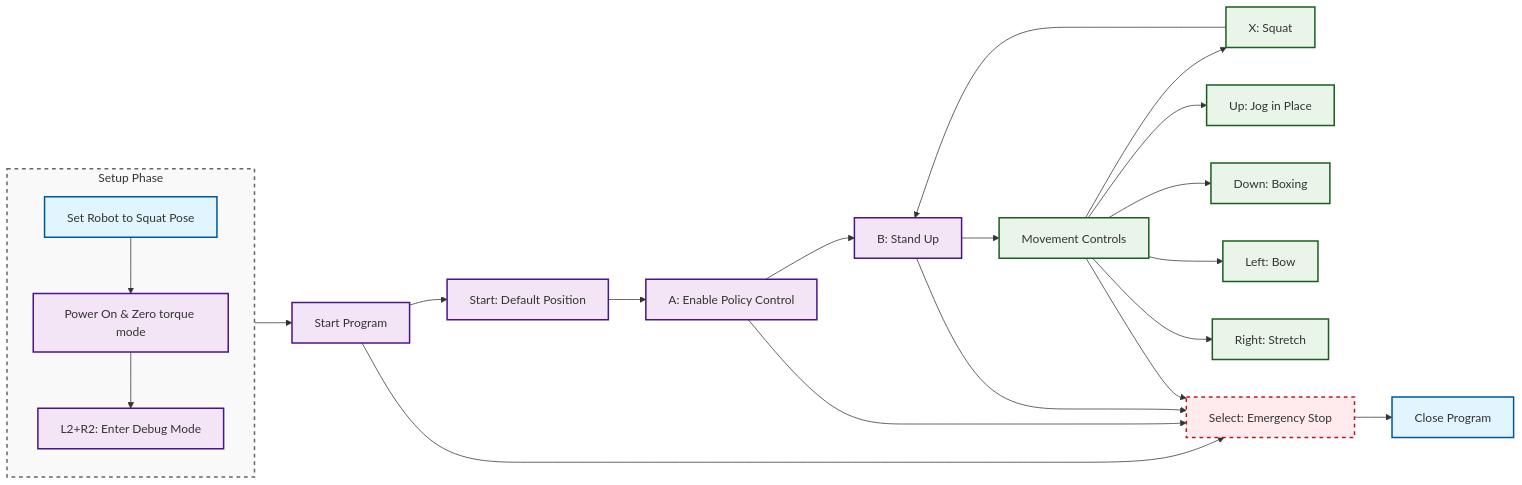
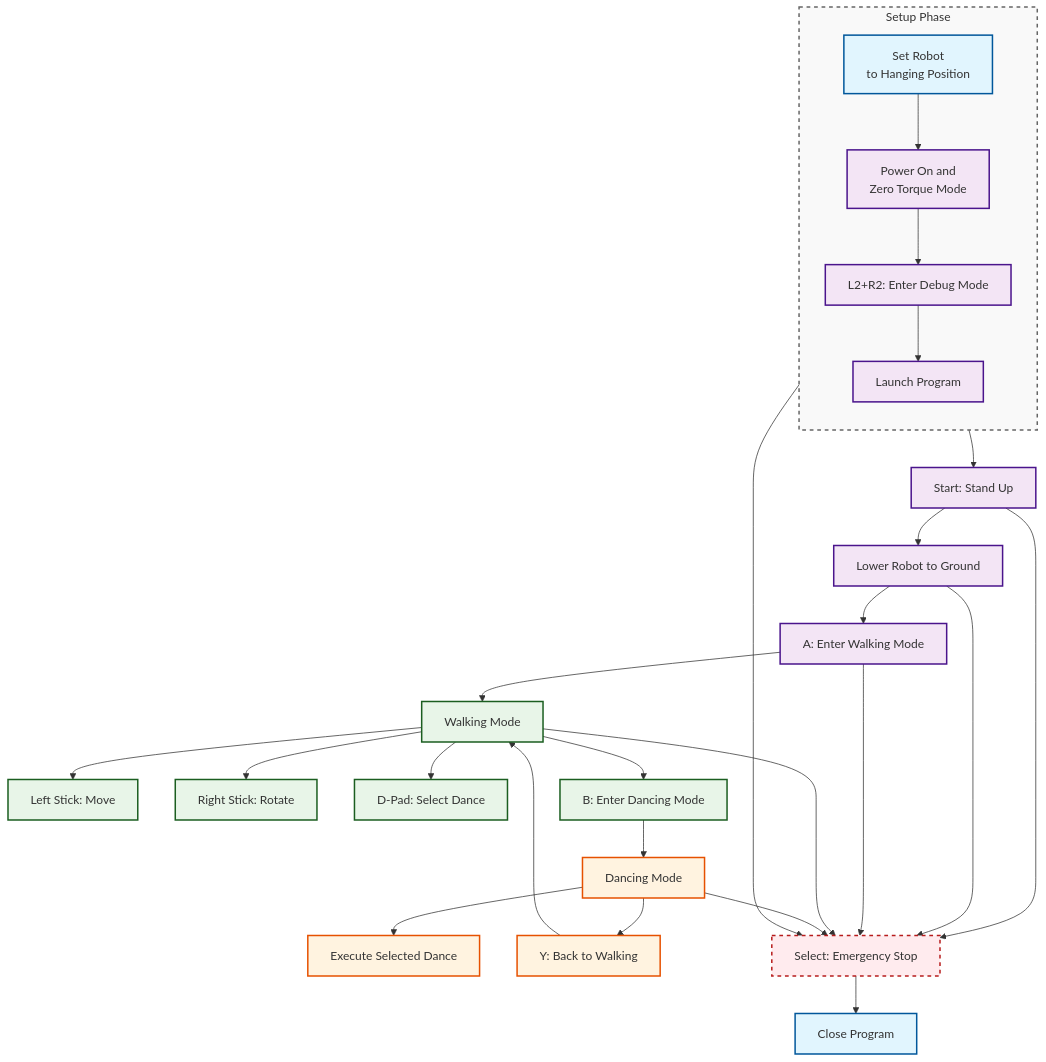
The diagram in docs/realworld_deployment.md (HorizonRobotics/HoloMotion), drawn with Mermaid before and after one commit. The commit also changed other lines of this file and 248 other files, not shown here.

````diff
--- a/docs/realworld_deployment.md
+++ b/docs/realworld_deployment.md
@@ -230,42 +211,52 @@
 ```mermaid
-flowchart LR
+flowchart TD
     subgraph prepPhase ["Setup Phase"]
         direction TB
-        A[Set Robot to Squat Pose] --> B[Power On & Zero torque mode]
+        A[Set Robot<br/>to Hanging Position] --> B[Power On and<br/>Zero Torque Mode]
         B --> C[L2+R2: Enter Debug Mode]
+        C --> D[Launch Program]
     end
     
-    prepPhase --> D[Start Program]
-    D --> E[Start: Default Position]
-    E --> F[A: Enable Policy Control]
-    F --> G[B: Stand Up]
-    G --> H[Movement Controls]
-    H --> I[X: Squat]
-    I --> G
+    %% Main flow
+    prepPhase --> E[Start: Stand Up]
+    E --> F[Lower Robot to Ground]
+    F --> G[A: Enter Walking Mode]
     
-    %% Movement options
-    H --> J[Up: Jog in Place]
-    H --> K[Down: Boxing]
-    H --> L[Left: Bow]
-    H --> M[Right: Stretch]
+    %% Walking mode controls
+    G --> H[Walking Mode]
+    H --> H1[Left Stick: Move]
+    H --> H2[Right Stick: Rotate]
+    H --> H3[D-Pad: Select Dance]
+    H --> H4[B: Enter Dancing Mode]
+    
+    %% Dancing mode
+    H4 --> I[Dancing Mode]
+    I --> I1[Execute Selected Dance]
+    I --> I2[Y: Back to Walking]
+    
+    %% Mode switching
+    I2 --> H
     
     %% Emergency stop
     D --> N[Select: Emergency Stop]
+    E --> N
     F --> N
     G --> N
     H --> N
+    I --> N
     N --> O[Close Program]
     
     classDef startEnd fill:#e1f5fe,stroke:#01579b,stroke-width:2px
     classDef control fill:#f3e5f5,stroke:#4a148c,stroke-width:2px
-    classDef movement fill:#e8f5e8,stroke:#1b5e20,stroke-width:2px
+    classDef walking fill:#e8f5e8,stroke:#1b5e20,stroke-width:2px
+    classDef dancing fill:#fff3e0,stroke:#e65100,stroke-width:2px
     classDef emergency fill:#ffebee,stroke:#b71c1c,stroke-width:2px,stroke-dasharray: 5 5
     classDef preparationFrame fill:#f9f9f9,stroke:#666,stroke-width:2px,stroke-dasharray: 5 5
     
     class A,O startEnd
     class B,C,D,E,F,G control
-    class H,I,J,K,L,M movement
+    class H,H1,H2,H3,H4 walking
+    class I,I1,I2 dancing
     class N emergency
     class prepPhase preparationFrame
-    class prepPhase2 preparationFrame
 ```
````
